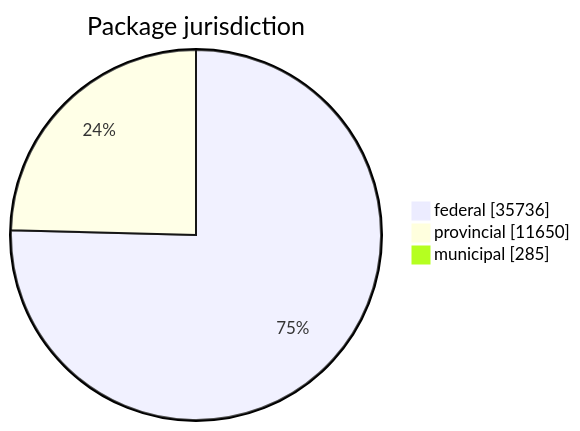
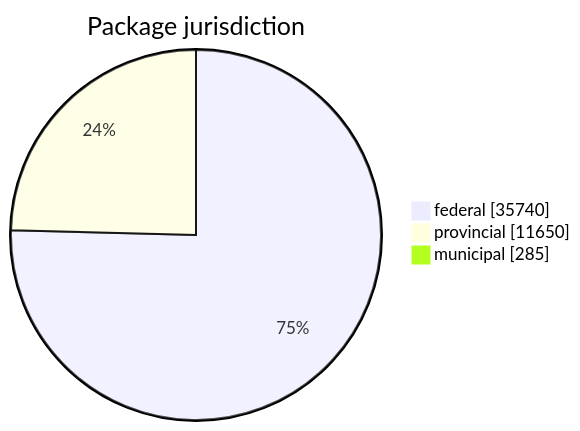
The first of 5 diagrams in FreshCheck/README.md (open-data/analytics-corporate-reporting), drawn with Mermaid before and after one commit. The commit also changed other lines of this file and 3 other files, not shown here.

````diff
--- a/FreshCheck/README.md
+++ b/FreshCheck/README.md
@@ -60,6 +60,6 @@
 ```mermaid
 pie showData title Package jurisdiction
-    "federal": 35736
+    "federal": 35740
     "provincial": 11650
     "municipal": 285
 ```
````
